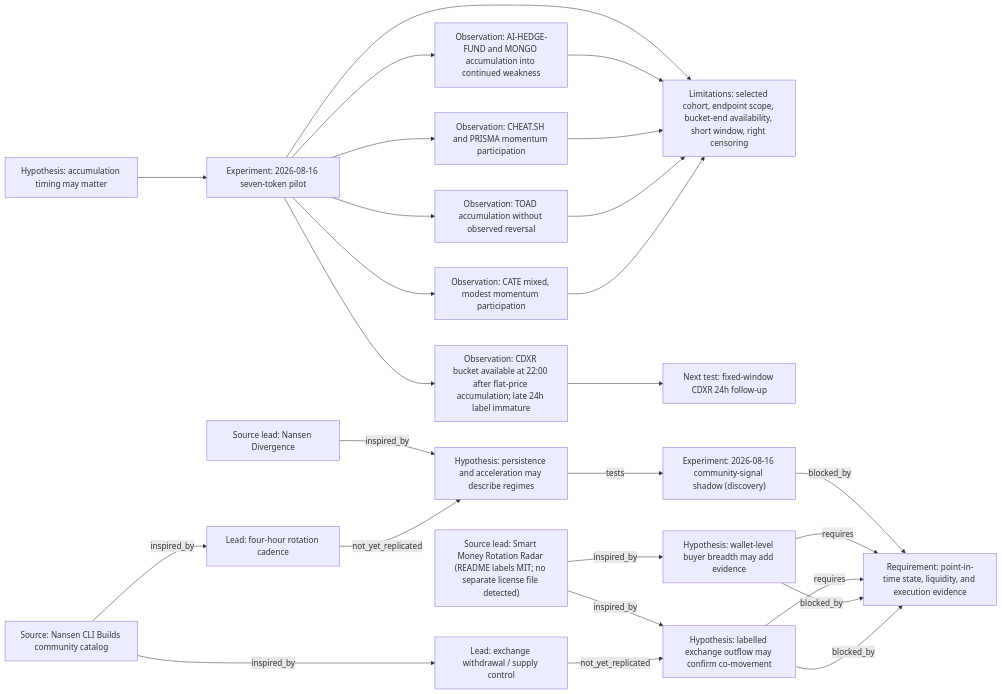
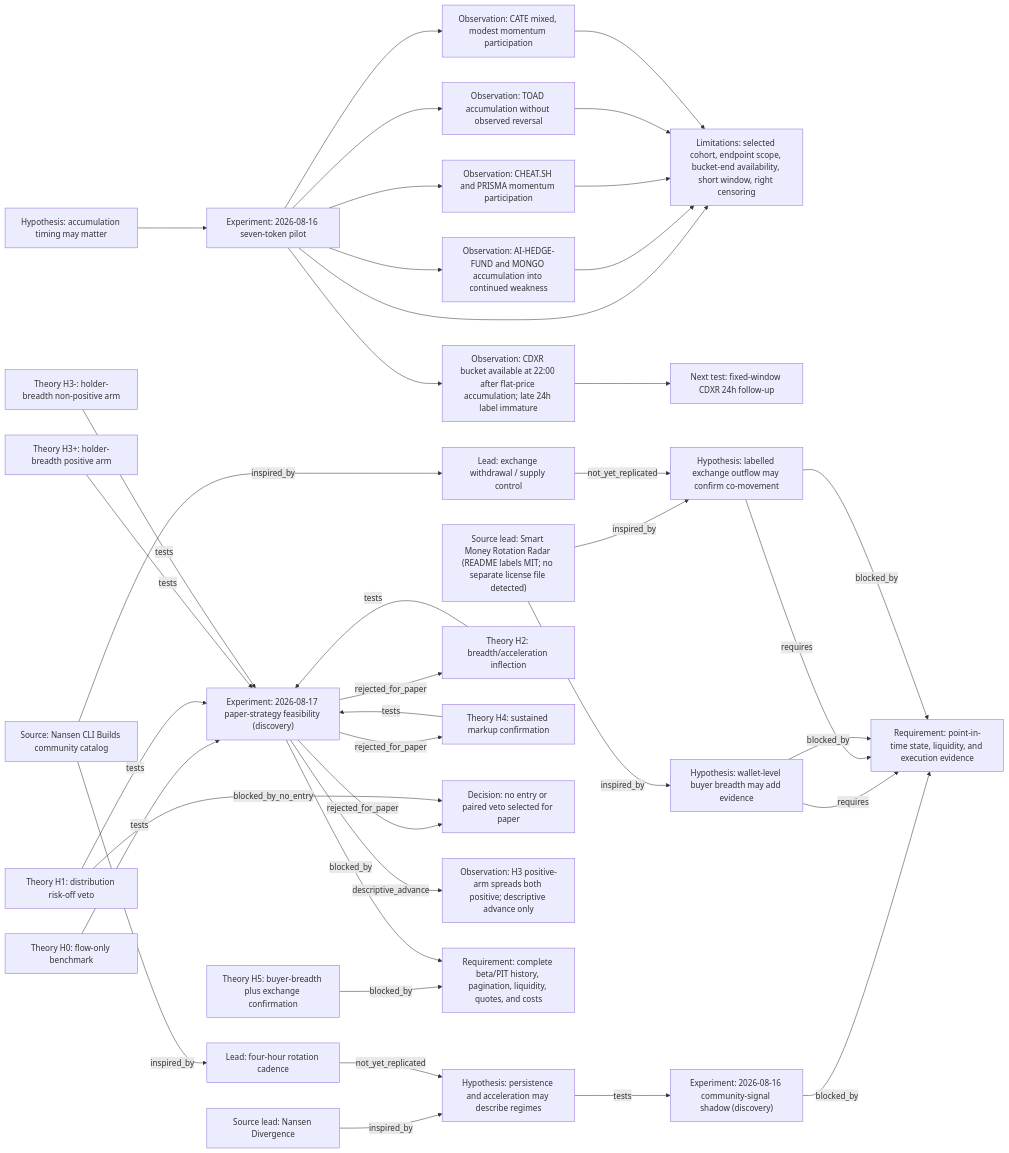
One commit to u-dont-existDOTcom/nansen changed the diagram in docs/RESEARCH-GRAPH.md. Above: the diagram before and after it, drawn with Mermaid. The commit also changed other lines of this file and 8 other files, not shown here.

Commit message:
Evaluate paper strategy theories

````diff
--- a/docs/RESEARCH-GRAPH.md
+++ b/docs/RESEARCH-GRAPH.md
@@ -5,50 +5,76 @@
 ```mermaid
 flowchart LR
     hyp_smart_money_timing["Hypothesis: accumulation timing may matter"]
     exp_20260816_seven_token_pilot["Experiment: 2026-08-16 seven-token pilot"]
     obs_cdxr_flat_accumulation["Observation: CDXR bucket available at 22:00 after flat-price accumulation; late 24h label immature"]
     obs_weakness_continues["Observation: AI-HEDGE-FUND and MONGO accumulation into continued weakness"]
     obs_momentum_participation["Observation: CHEAT.SH and PRISMA momentum participation"]
     obs_toad_no_reversal["Observation: TOAD accumulation without observed reversal"]
     obs_cate_mixed["Observation: CATE mixed, modest momentum participation"]
     lim_selected_endpoint_window["Limitations: selected cohort, endpoint scope, bucket-end availability, short window, right censoring"]
     next_cdxr_fixed_window["Next test: fixed-window CDXR 24h follow-up"]
 
     hyp_smart_money_timing --> exp_20260816_seven_token_pilot
     exp_20260816_seven_token_pilot --> obs_cdxr_flat_accumulation
     exp_20260816_seven_token_pilot --> obs_weakness_continues
     exp_20260816_seven_token_pilot --> obs_momentum_participation
     exp_20260816_seven_token_pilot --> obs_toad_no_reversal
     exp_20260816_seven_token_pilot --> obs_cate_mixed
     exp_20260816_seven_token_pilot --> lim_selected_endpoint_window
     obs_cdxr_flat_accumulation --> next_cdxr_fixed_window
     obs_weakness_continues --> lim_selected_endpoint_window
     obs_momentum_participation --> lim_selected_endpoint_window
     obs_toad_no_reversal --> lim_selected_endpoint_window
     obs_cate_mixed --> lim_selected_endpoint_window
 
     src_nansen_cli_builds["Source: Nansen CLI Builds community catalog"]
     src_nansen_divergence["Source lead: Nansen Divergence"]
     src_smrr["Source lead: Smart Money Rotation Radar (README labels MIT; no separate license file detected)"]
     lead_supply_control["Lead: exchange withdrawal / supply control"]
     lead_four_hour_rotation["Lead: four-hour rotation cadence"]
     hyp_persistence_acceleration["Hypothesis: persistence and acceleration may describe regimes"]
     hyp_buyer_breadth["Hypothesis: wallet-level buyer breadth may add evidence"]
     hyp_exchange_outflow_confirmation["Hypothesis: labelled exchange outflow may confirm co-movement"]
     req_point_in_time_state["Requirement: point-in-time state, liquidity, and execution evidence"]
     exp_20260816_community_signal_shadow["Experiment: 2026-08-16 community-signal shadow (discovery)"]
 
     src_nansen_cli_builds -->|inspired_by| lead_supply_control
     src_nansen_cli_builds -->|inspired_by| lead_four_hour_rotation
     src_nansen_divergence -->|inspired_by| hyp_persistence_acceleration
     src_smrr -->|inspired_by| hyp_buyer_breadth
     src_smrr -->|inspired_by| hyp_exchange_outflow_confirmation
     lead_supply_control -->|not_yet_replicated| hyp_exchange_outflow_confirmation
     lead_four_hour_rotation -->|not_yet_replicated| hyp_persistence_acceleration
     hyp_persistence_acceleration -->|tests| exp_20260816_community_signal_shadow
     exp_20260816_community_signal_shadow -->|blocked_by| req_point_in_time_state
     hyp_buyer_breadth -->|requires| req_point_in_time_state
     hyp_exchange_outflow_confirmation -->|requires| req_point_in_time_state
     hyp_buyer_breadth -->|blocked_by| req_point_in_time_state
     hyp_exchange_outflow_confirmation -->|blocked_by| req_point_in_time_state
+
+    theory_flow_only_benchmark["Theory H0: flow-only benchmark"]
+    theory_distribution_risk_off["Theory H1: distribution risk-off veto"]
+    theory_breadth_acceleration["Theory H2: breadth/acceleration inflection"]
+    theory_holder_breadth_positive["Theory H3+: holder-breadth positive arm"]
+    theory_holder_breadth_nonpositive["Theory H3-: holder-breadth non-positive arm"]
+    theory_sustained_markup["Theory H4: sustained markup confirmation"]
+    theory_buyer_exchange["Theory H5: buyer-breadth plus exchange confirmation"]
+    exp_20260817_paper_strategy_feasibility["Experiment: 2026-08-17 paper-strategy feasibility (discovery)"]
+    obs_no_paper_strategy["Decision: no entry or paired veto selected for paper"]
+    obs_holder_breadth_advance["Observation: H3 positive-arm spreads both positive; descriptive advance only"]
+    req_beta_pit_execution["Requirement: complete beta/PIT history, pagination, liquidity, quotes, and costs"]
+
+    theory_flow_only_benchmark -->|tests| exp_20260817_paper_strategy_feasibility
+    theory_distribution_risk_off -->|tests| exp_20260817_paper_strategy_feasibility
+    theory_breadth_acceleration -->|tests| exp_20260817_paper_strategy_feasibility
+    theory_holder_breadth_positive -->|tests| exp_20260817_paper_strategy_feasibility
+    theory_holder_breadth_nonpositive -->|tests| exp_20260817_paper_strategy_feasibility
+    theory_sustained_markup -->|tests| exp_20260817_paper_strategy_feasibility
+    exp_20260817_paper_strategy_feasibility -->|rejected_for_paper| theory_breadth_acceleration
+    exp_20260817_paper_strategy_feasibility -->|rejected_for_paper| theory_sustained_markup
+    exp_20260817_paper_strategy_feasibility -->|rejected_for_paper| obs_no_paper_strategy
+    exp_20260817_paper_strategy_feasibility -->|descriptive_advance| obs_holder_breadth_advance
+    theory_distribution_risk_off -->|blocked_by_no_entry| obs_no_paper_strategy
+    theory_buyer_exchange -->|blocked_by| req_beta_pit_execution
+    exp_20260817_paper_strategy_feasibility -->|blocked_by| req_beta_pit_execution
 ```
````
